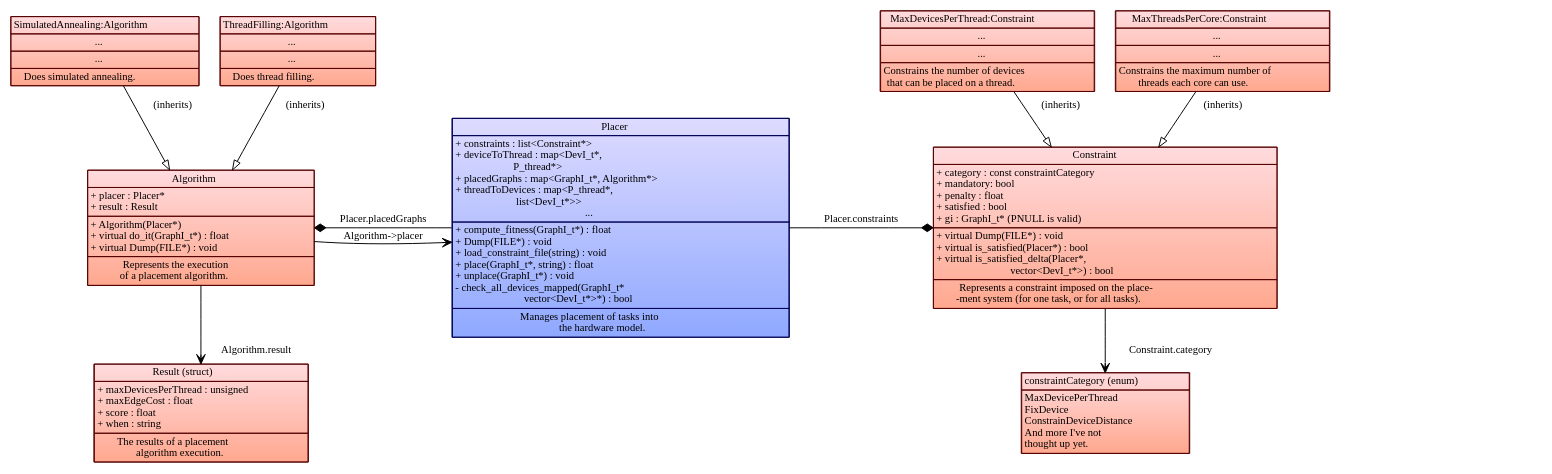
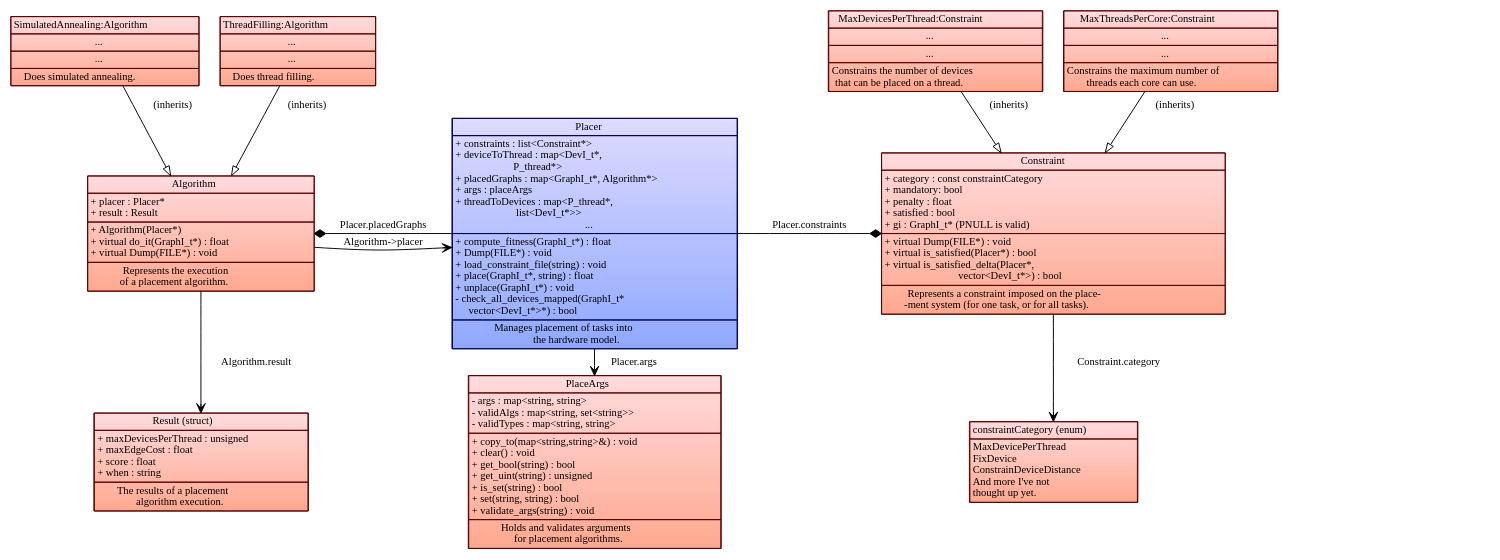
The diagram in images/source/placement_data_structure_internal.dot (POETSII/orchestrator-documentation), drawn with Graphviz before and after one commit.

Commit message:
Add placement args figure.

```diff
--- a/images/source/placement_data_structure_internal.dot
+++ b/images/source/placement_data_structure_internal.dot
@@ -23,6 +23,7 @@
 + deviceToThread : map&lt;DevI_t*,<BR ALIGN="LEFT"/>
                        P_thread*&gt;<BR ALIGN="LEFT"/>
 + placedGraphs : map&lt;GraphI_t*, Algorithm*&gt;<BR ALIGN="LEFT"/>
++ args : placeArgs<BR ALIGN="LEFT"/>
 + threadToDevices : map&lt;P_thread*,<BR ALIGN="LEFT"/>
                         list&lt;DevI_t*&gt;&gt;<BR ALIGN="LEFT"/>
 ...<BR ALIGN="TEXT"/>
@@ -34,7 +35,7 @@
 + place(GraphI_t*, string) : float<BR ALIGN="LEFT"/>
 + unplace(GraphI_t*) : void<BR ALIGN="LEFT"/>
 - check_all_devices_mapped(GraphI_t*<BR ALIGN="LEFT"/>
-                           vector&lt;DevI_t*&gt;*) : bool<BR ALIGN="LEFT"/>
+      vector&lt;DevI_t*&gt;*) : bool<BR ALIGN="LEFT"/>
 </TD></TR>
 <TR><TD ALIGN="TEXT">
 Manages placement of tasks into<BR ALIGN="TEXT"/>
@@ -43,6 +44,27 @@
 
     node[color="#550000",
          fillcolor="#FFDBDE:#FFA88F"]
+
+    PlaceArgs[label=<<TABLE BORDER="0" CELLBORDER="1" CELLSPACING="0">
+<TR><TD>PlaceArgs</TD></TR>
+<TR><TD ALIGN="LEFT">
+- args : map&lt;string, string&gt;<BR ALIGN="LEFT"/>
+- validAlgs : map&lt;string, set&lt;string&gt;&gt;<BR ALIGN="LEFT"/>
+- validTypes : map&lt;string, string&gt;<BR ALIGN="LEFT"/>
+</TD></TR>
+<TR><TD ALIGN="LEFT">
++ copy_to(map&lt;string,string&gt;&amp;) : void<BR ALIGN="LEFT"/>
++ clear() : void<BR ALIGN="LEFT"/>
++ get_bool(string) : bool<BR ALIGN="LEFT"/>
++ get_uint(string) : unsigned<BR ALIGN="LEFT"/>
++ is_set(string) : bool<BR ALIGN="LEFT"/>
++ set(string, string) : bool<BR ALIGN="LEFT"/>
++ validate_args(string) : void<BR ALIGN="LEFT"/>
+</TD></TR>
+<TR><TD ALIGN="TEXT">
+Holds and validates arguments<BR ALIGN="TEXT"/>
+for placement algorithms.<BR ALIGN="TEXT"/>
+</TD></TR></TABLE>>];
 
     MaxDevicesPerThread[label=<<TABLE BORDER="0" CELLBORDER="1" CELLSPACING="0">
 <TR><TD>MaxDevicesPerThread:Constraint</TD></TR>
@@ -166,6 +188,7 @@
         Constraint -> constraintCategory[label=" Constraint.category"];
         Algorithm -> Result[label=" Algorithm.result"];
         Algorithm -> Placer[label=" Algorithm->placer"];
+        Placer -> PlaceArgs[label=" Placer.args"];
     }
 
     /* One-to-many relationships in a separate block. */
```
